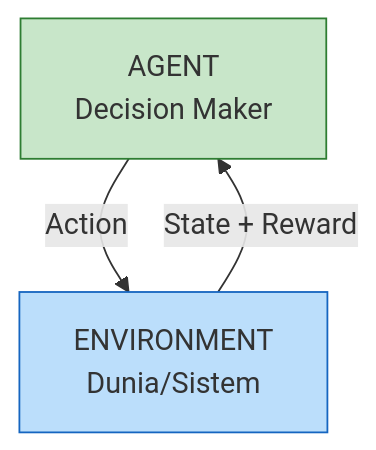
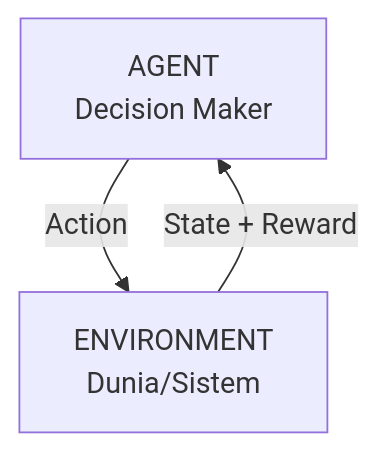
One commit to antonprafanto/dasarAI2026 changed the third of 10 diagrams in bab-05-machine-learning.md. Above: the diagram before and after it, drawn with Mermaid. The commit also changed other lines of this file and 8 other files, not shown here.

Commit message:
Fix: Remove custom Mermaid styling for better dark mode visibility

````diff
--- a/bab-05-machine-learning.md
+++ b/bab-05-machine-learning.md
@@ -133,11 +130,8 @@
 ```mermaid
 graph TD
     Agent[AGENT<br/>Decision Maker]
     Env[ENVIRONMENT<br/>Dunia/Sistem]
 
     Agent -->|Action| Env
     Env -->|State + Reward| Agent
-
-    style Agent fill:#c8e6c9,stroke:#2e7d32
-    style Env fill:#bbdefb,stroke:#1565c0
 ```
````
